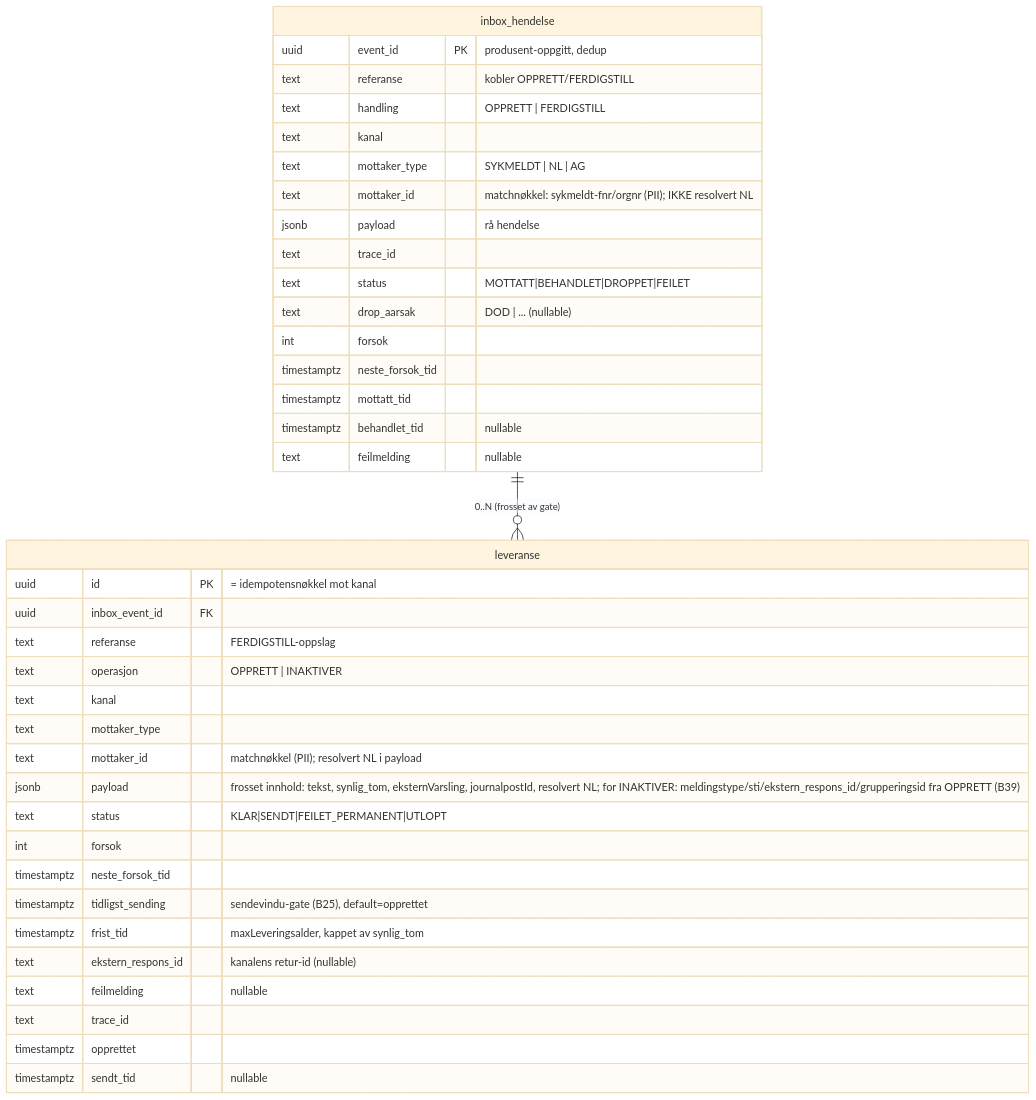
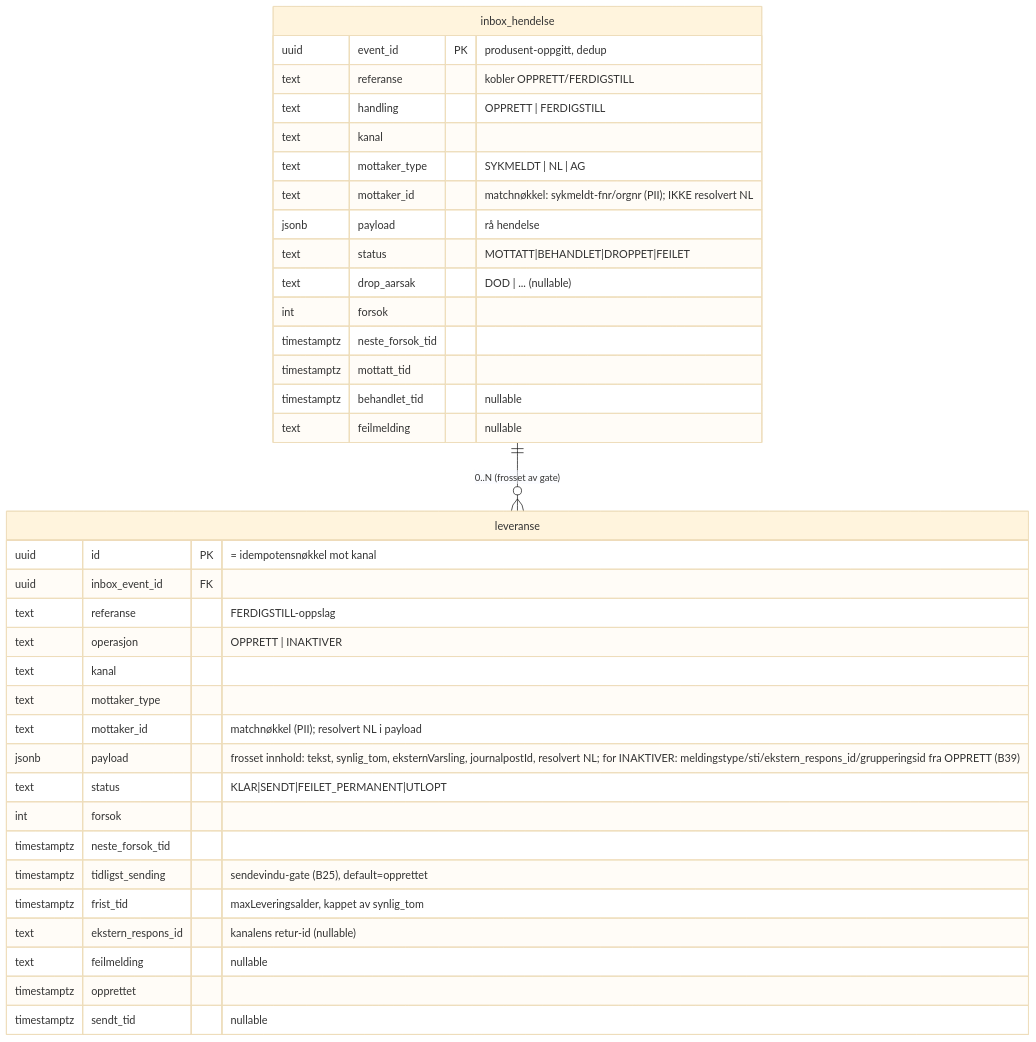
Before and after one commit to navikt/syfo-budstikka: the diagram in docs/DATAMODELL.md, drawn with Mermaid (base theme). The commit also changed other lines of this file and 3 other files, not shown here.

````diff
--- a/docs/DATAMODELL.md
+++ b/docs/DATAMODELL.md
@@ -7,43 +7,41 @@
 ```mermaid
 erDiagram
     inbox_hendelse ||--o{ leveranse : "0..N (frosset av gate)"
 
     inbox_hendelse {
         uuid        event_id PK "produsent-oppgitt, dedup"
         text        referanse "kobler OPPRETT/FERDIGSTILL"
         text        handling "OPPRETT | FERDIGSTILL"
         text        kanal
         text        mottaker_type "SYKMELDT | NL | AG"
         text        mottaker_id "matchnøkkel: sykmeldt-fnr/orgnr (PII); IKKE resolvert NL"
         jsonb       payload "rå hendelse"
-        text        trace_id
         text        status "MOTTATT|BEHANDLET|DROPPET|FEILET"
         text        drop_aarsak "DOD | ... (nullable)"
         int         forsok
         timestamptz neste_forsok_tid
         timestamptz mottatt_tid
         timestamptz behandlet_tid "nullable"
         text        feilmelding "nullable"
     }
 
     leveranse {
         uuid        id PK "= idempotensnøkkel mot kanal"
         uuid        inbox_event_id FK
         text        referanse "FERDIGSTILL-oppslag"
         text        operasjon "OPPRETT | INAKTIVER"
         text        kanal
         text        mottaker_type
         text        mottaker_id "matchnøkkel (PII); resolvert NL i payload"
         jsonb       payload "frosset innhold: tekst, synlig_tom, eksternVarsling, journalpostId, resolvert NL; for INAKTIVER: meldingstype/sti/ekstern_respons_id/grupperingsid fra OPPRETT (B39)"
         text        status "KLAR|SENDT|FEILET_PERMANENT|UTLOPT"
         int         forsok
         timestamptz neste_forsok_tid
         timestamptz tidligst_sending "sendevindu-gate (B25), default=opprettet"
         timestamptz frist_tid "maxLeveringsalder, kappet av synlig_tom"
         text        ekstern_respons_id "kanalens retur-id (nullable)"
         text        feilmelding "nullable"
-        text        trace_id
         timestamptz opprettet
         timestamptz sendt_tid "nullable"
     }
 ```
````
